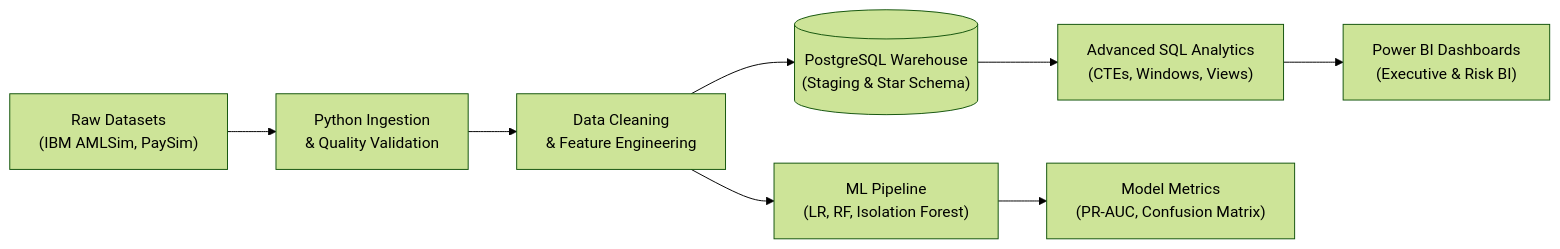
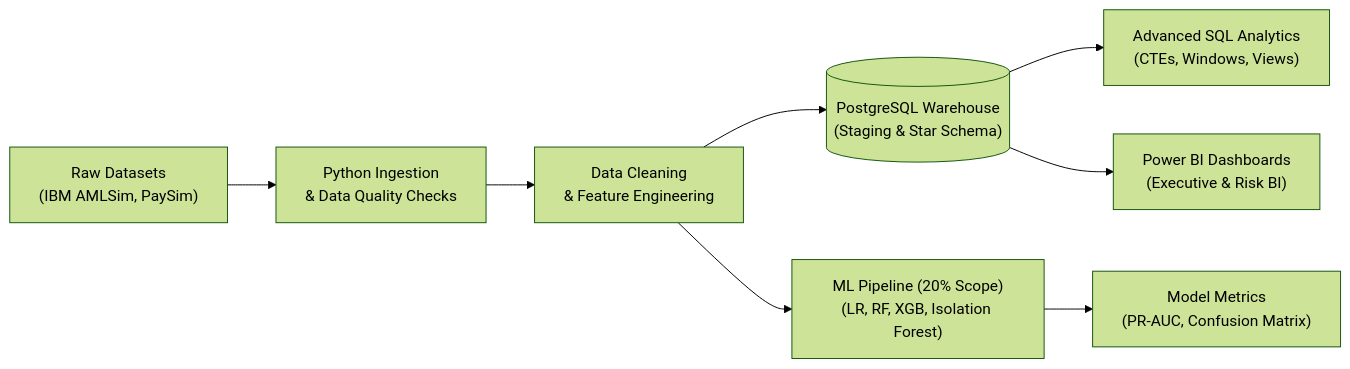
Before and after one commit to Rahulmaha125/FinTrace-360: the diagram in README.md, drawn with Mermaid (forest theme). The commit also changed other lines of this file and 49 other files, not shown here.

````diff
--- a/README.md
+++ b/README.md
@@ -59,10 +43,10 @@
 ```mermaid
 flowchart LR
-    A["Raw Datasets<br/>(IBM AMLSim, PaySim)"] --> B["Python Ingestion<br/>& Quality Validation"]
+    A["Raw Datasets<br/>(IBM AMLSim, PaySim)"] --> B["Python Ingestion<br/>& Data Quality Checks"]
     B --> C["Data Cleaning<br/>& Feature Engineering"]
     C --> D[("PostgreSQL Warehouse<br/>(Staging & Star Schema)")]
     D --> E["Advanced SQL Analytics<br/>(CTEs, Windows, Views)"]
-    E --> F["Power BI Dashboards<br/>(Executive & Risk BI)"]
-    C --> G["ML Pipeline<br/>(LR, RF, Isolation Forest)"]
+    D --> F["Power BI Dashboards<br/>(Executive & Risk BI)"]
+    C --> G["ML Pipeline (20% Scope)<br/>(LR, RF, XGB, Isolation Forest)"]
     G --> H["Model Metrics<br/>(PR-AUC, Confusion Matrix)"]
 ```
````
